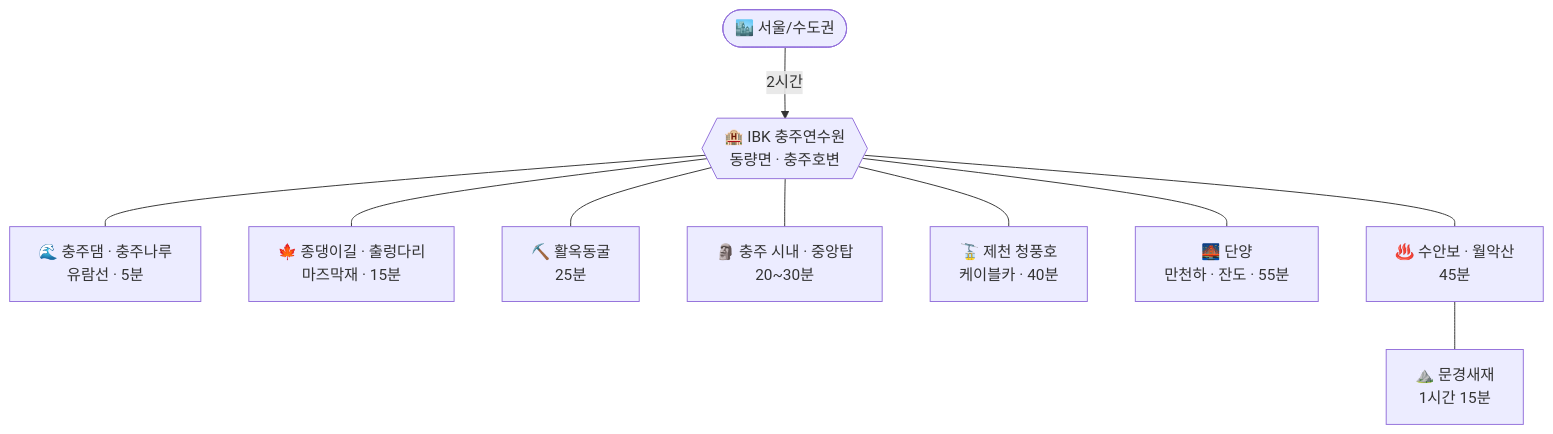
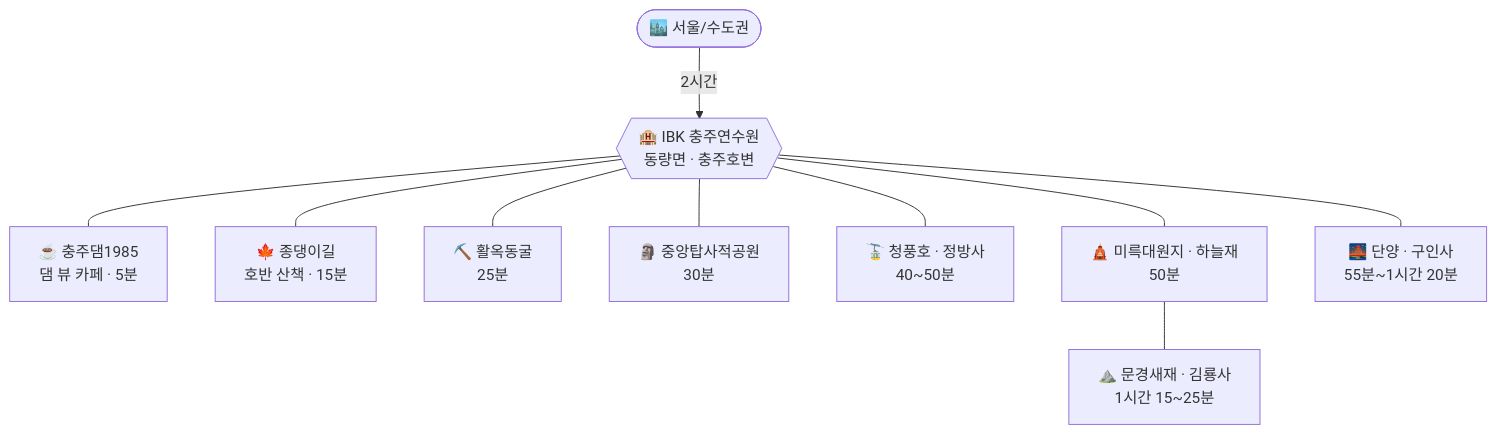
One commit to SeonghwaPark/travel changed the diagram in docs/trips/2026-autumn-chungju-family-trip.md. Above: the diagram before and after it, drawn with Mermaid. The commit also changed other lines of this file, not shown here.

````diff
--- a/docs/trips/2026-autumn-chungju-family-trip.md
+++ b/docs/trips/2026-autumn-chungju-family-trip.md
@@ -67,23 +65,23 @@
 ```mermaid
 flowchart TD
     Seoul([🏙️ 서울/수도권])
     IBK{{🏨 IBK 충주연수원<br/>동량면 · 충주호변}}
-    DAM[🌊 충주댐 · 충주나루<br/>유람선 · 5분]
-    JD[🍁 종댕이길 · 출렁다리<br/>마즈막재 · 15분]
+    CAFE[☕ 충주댐1985<br/>댐 뷰 카페 · 5분]
+    JD[🍁 종댕이길<br/>호반 산책 · 15분]
     HW[⛏️ 활옥동굴<br/>25분]
-    CJ[🗿 충주 시내 · 중앙탑<br/>20~30분]
-    CP[🚡 제천 청풍호<br/>케이블카 · 40분]
-    DY[🌉 단양<br/>만천하 · 잔도 · 55분]
-    SAB[♨️ 수안보 · 월악산<br/>45분]
-    MG[⛰️ 문경새재<br/>1시간 15분]
+    CJ[🗿 중앙탑사적공원<br/>30분]
+    CP[🚡 청풍호 · 정방사<br/>40~50분]
+    MR[🛕 미륵대원지 · 하늘재<br/>50분]
+    DY[🌉 단양 · 구인사<br/>55분~1시간 20분]
+    MG[⛰️ 문경새재 · 김룡사<br/>1시간 15~25분]
 
     Seoul -->|2시간| IBK
-    IBK --- DAM
+    IBK --- CAFE
     IBK --- JD
     IBK --- HW
     IBK --- CJ
     IBK --- CP
+    IBK --- MR
     IBK --- DY
-    IBK --- SAB
-    SAB --- MG
+    MR --- MG
 ```
````
